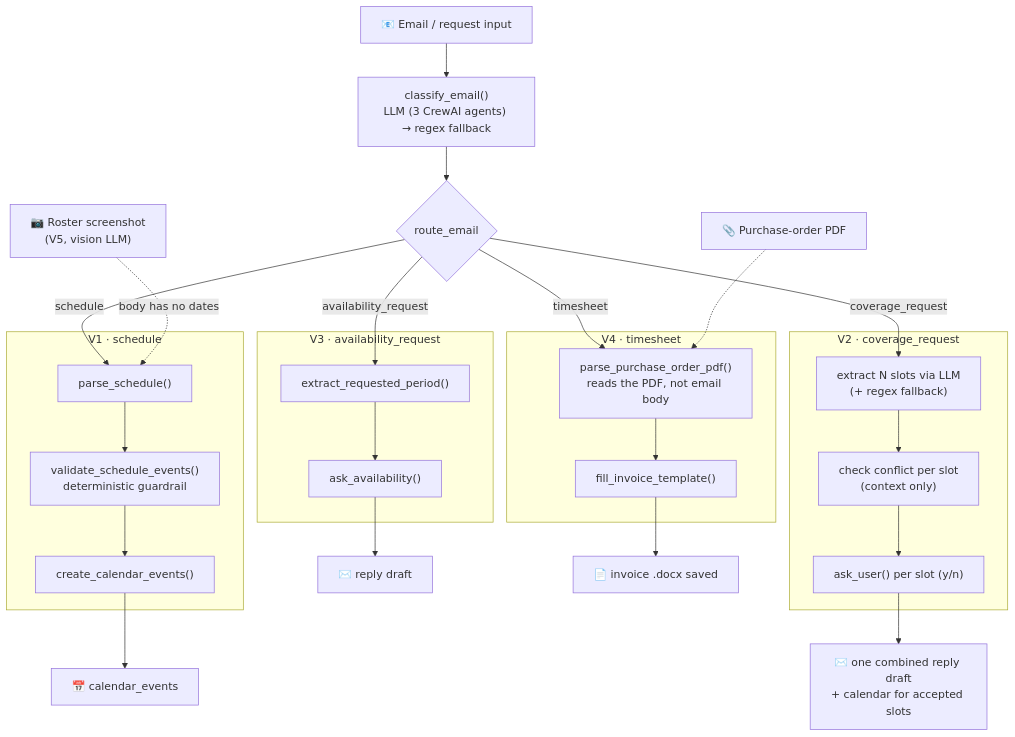
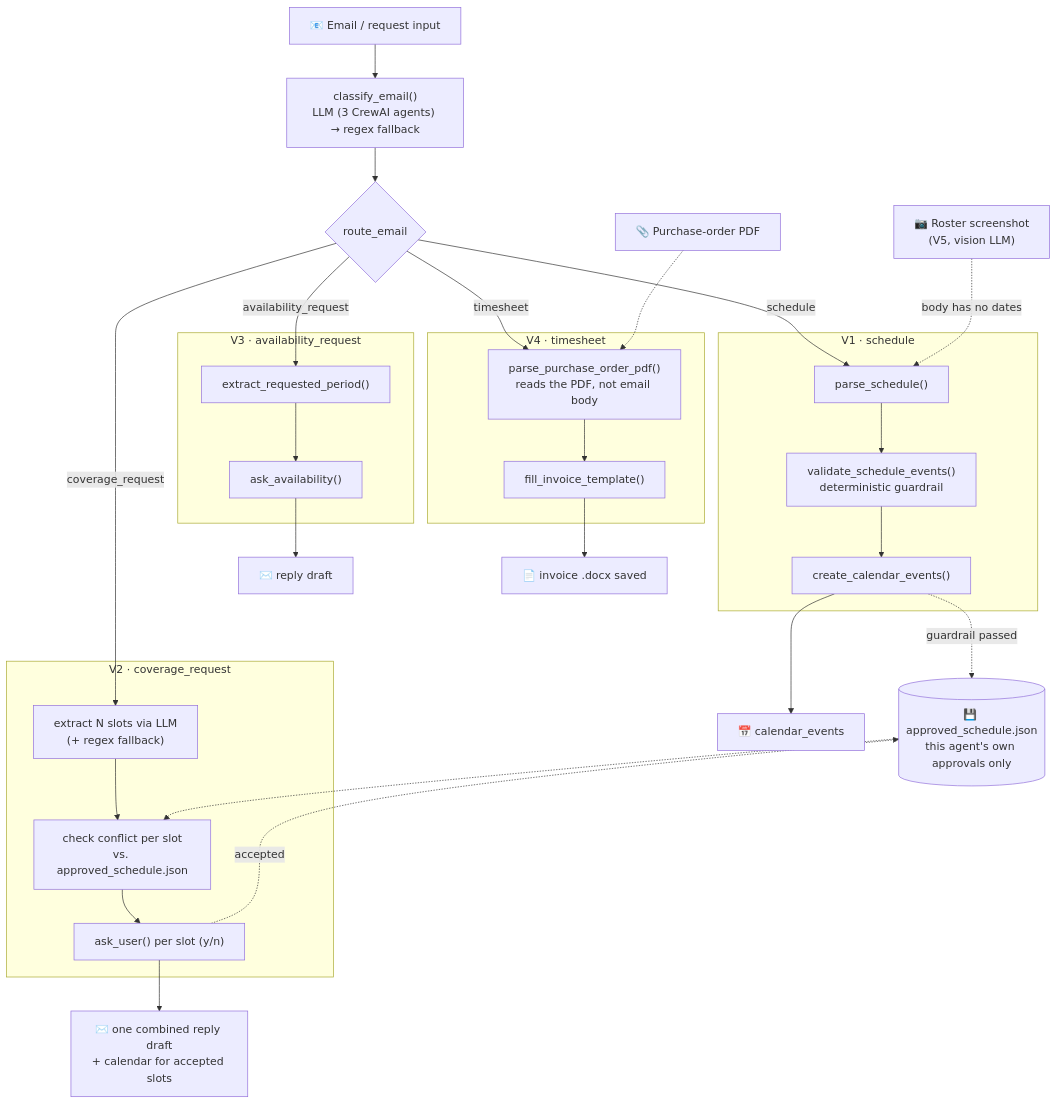
One commit to nadcodegit/Scheduler-Agent changed the diagram in README.md. Above: the diagram before and after it, drawn with Mermaid. The commit also changed other lines of this file and 11 other files, not shown here.

````diff
--- a/README.md
+++ b/README.md
@@ -17,36 +17,41 @@
 ```mermaid
 flowchart TD
     start["📧 Email / request input"] --> classify["classify_email()<br/>LLM (3 CrewAI agents) → regex fallback"]
     classify --> router{route_email}
 
     router -->|schedule| sched1
     router -->|coverage_request| cov1
     router -->|availability_request| avail1
     router -->|timesheet| ts1
 
     subgraph V1["V1 · schedule"]
         sched1["parse_schedule()"] --> sched2["validate_schedule_events()<br/>deterministic guardrail"]
         sched2 --> sched3["create_calendar_events()"]
     end
 
+    store[("💾 approved_schedule.json<br/>this agent's own approvals only")]
+    sched3 -.->|guardrail passed| store
+
     subgraph V2["V2 · coverage_request"]
-        cov1["extract N slots via LLM<br/>(+ regex fallback)"] --> cov2["check conflict per slot<br/>(context only)"]
+        cov1["extract N slots via LLM<br/>(+ regex fallback)"] --> cov2["check conflict per slot<br/>vs. approved_schedule.json"]
         cov2 --> cov3["ask_user() per slot (y/n)"]
     end
+    store -.-> cov2
+    cov3 -.->|accepted| store
 
     subgraph V3["V3 · availability_request"]
         avail1["extract_requested_period()"] --> avail2["ask_availability()"]
     end
 
     subgraph V4["V4 · timesheet"]
         ts1["parse_purchase_order_pdf()<br/>reads the PDF, not email body"] --> ts2["fill_invoice_template()"]
     end
 
     img["📷 Roster screenshot<br/>(V5, vision LLM)"] -.->|body has no dates| sched1
     pdf["📎 Purchase-order PDF"] -.-> ts1
 
     sched3 --> out1["📅 calendar_events"]
     cov3 --> out2["✉️ one combined reply draft<br/>+ calendar for accepted slots"]
     avail2 --> out3["✉️ reply draft"]
     ts2 --> out4["📄 invoice .docx saved"]
 ```
````
